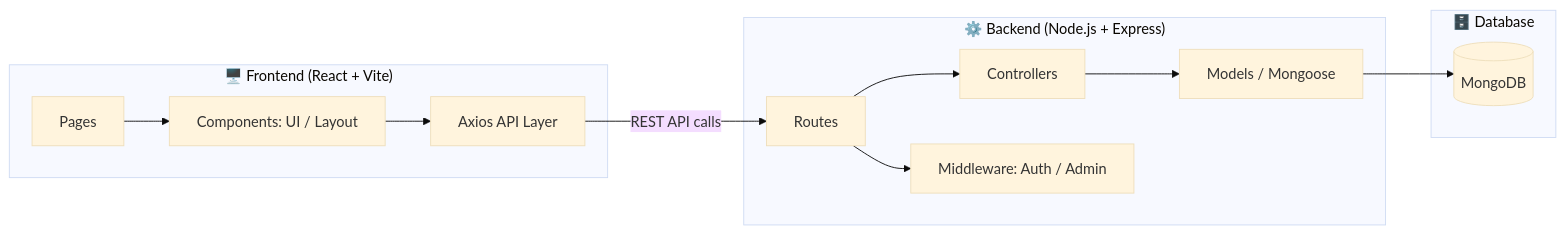
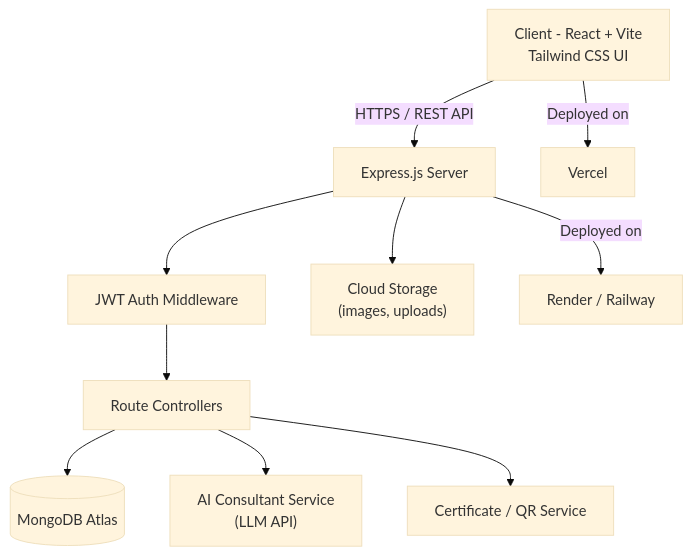
One commit to Akshatsrii/RoboLearn changed the first of 3 diagrams in README.md. Above: the diagram before and after it, drawn with Mermaid (base theme). The commit also changed other lines of this file, not shown here.

````diff
--- a/README.md
+++ b/README.md
@@ -42,20 +82,12 @@
 ```mermaid
-flowchart LR
-    subgraph Client["🖥️ Frontend (React + Vite)"]
-        A[Pages] --> B[Components: UI / Layout]
-        B --> C[Axios API Layer]
-    end
-
-    subgraph Server["⚙️ Backend (Node.js + Express)"]
-        D[Routes] --> E[Controllers]
-        E --> F[Models / Mongoose]
-        D --> G[Middleware: Auth / Admin]
-    end
-
-    subgraph Data["🗄️ Database"]
-        H[(MongoDB)]
-    end
-
-    C -->|REST API calls| D
-    F --> H
+flowchart TD
+    A["Client - React + Vite<br/>Tailwind CSS UI"] -->|HTTPS / REST API| B["Express.js Server"]
+    B --> C["JWT Auth Middleware"]
+    C --> D["Route Controllers"]
+    D --> E[("MongoDB Atlas")]
+    D --> F["AI Consultant Service<br/>(LLM API)"]
+    D --> G["Certificate / QR Service"]
+    B --> H["Cloud Storage<br/>(images, uploads)"]
+    A -->|Deployed on| I["Vercel"]
+    B -->|Deployed on| J["Render / Railway"]
 ```
````
